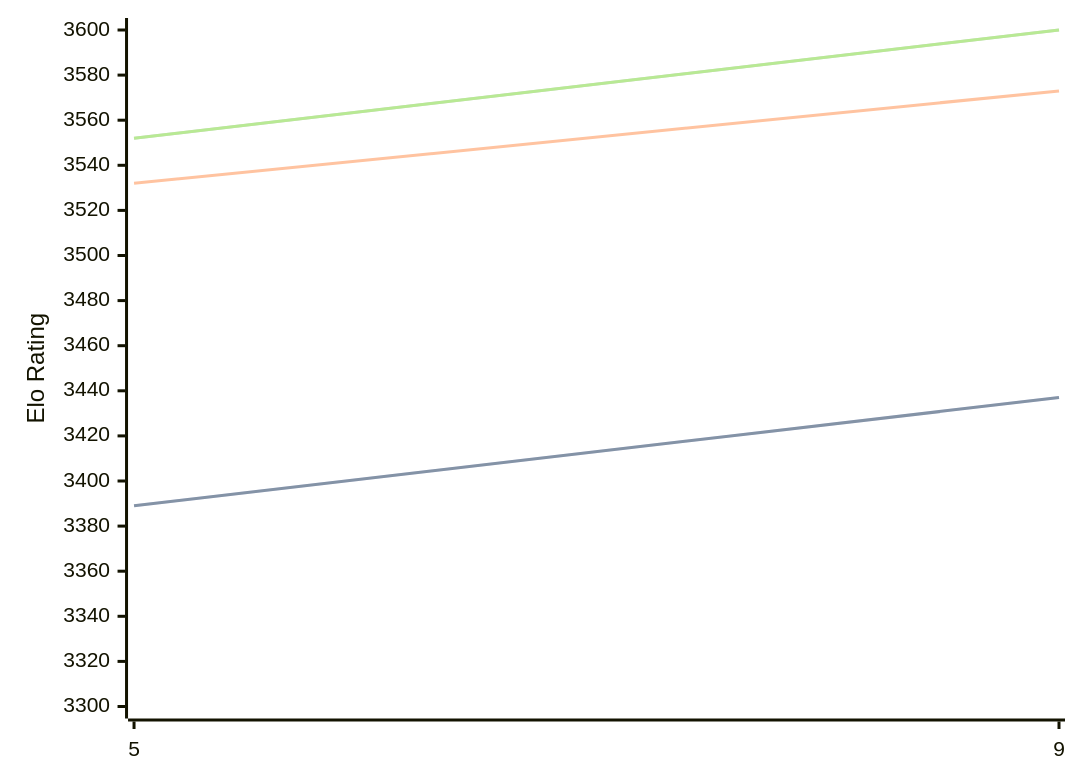
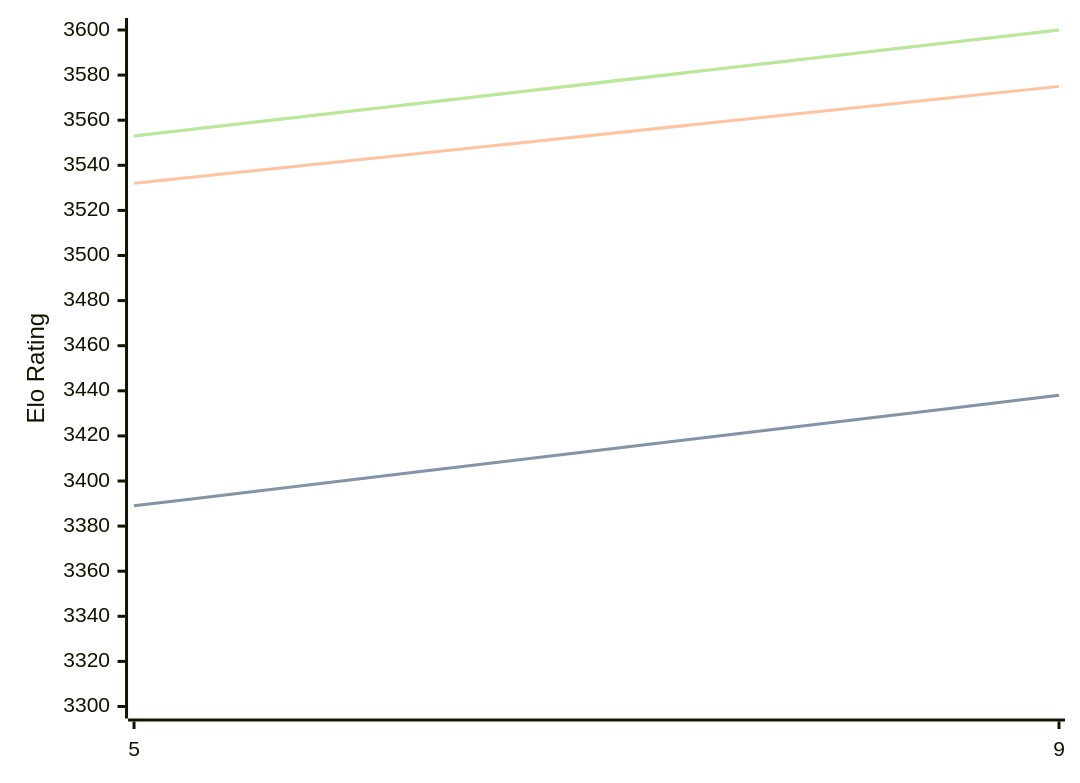
The diagram in engines/Crystal.md (computer-chess-index/cci), drawn with Mermaid before and after one commit. The commit also changed other lines of this file, not shown here.

Commit message:
Update CCI Ratings (ELO VLTC) - 2026-10-08

````diff
--- a/engines/Crystal.md
+++ b/engines/Crystal.md
@@ -32,11 +32,11 @@
 ```mermaid
 %%{init: {"theme":"base","themeVariables":{"seriesColors:['#a3a3a3','#222221','#faa371']}}}%%
 xychart-beta
   x-axis ["5", "9"]
   y-axis "Elo Rating" 3300 --> 3600
-  line "" [3389, 3437]
-  line "STC (8.0+0.08s)" [3389, 3437]
-  line "LTC (60.0+0.60s)" [3532, 3573]
-  line "" [3552, 3600]
-  line "VLTC (2m24s+1.12s)" [3552, 3600]
+  line "" [3389, 3438]
+  line "STC (8.0+0.08s)" [3389, 3438]
+  line "LTC (60.0+0.60s)" [3532, 3575]
+  line "" [3553, 3600]
+  line "VLTC (2m24s+1.12s)" [3553, 3600]
 ```
````
